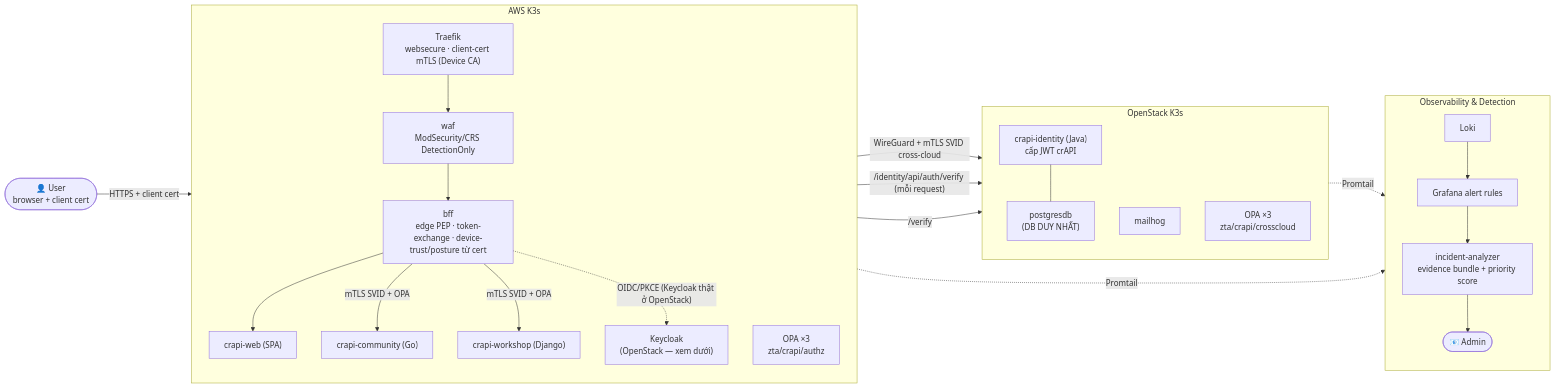
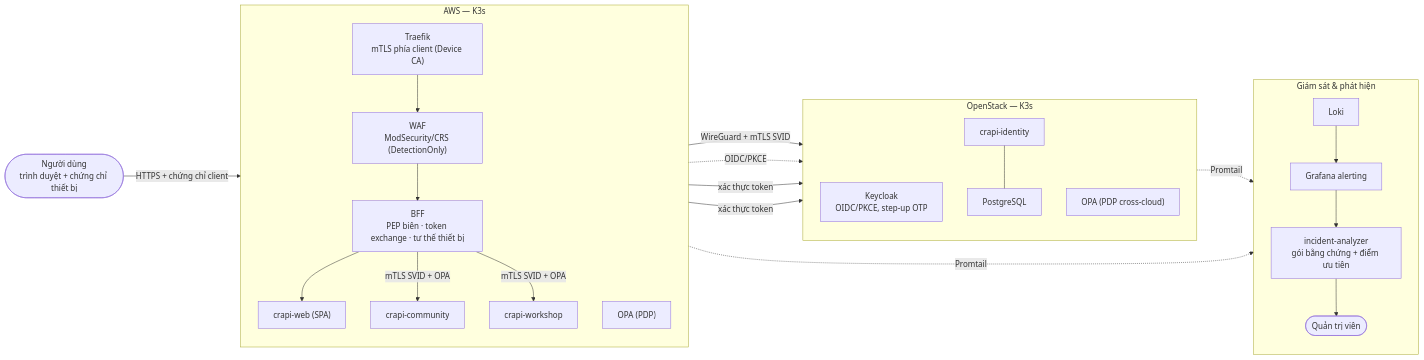
Before and after one commit to HoangBaoPhuoc/Zero-Trust-based-Security-Detection-and-Response: the second of 2 diagrams in README.md, drawn with Mermaid. The commit also changed other lines of this file and 62 other files, not shown here.

````diff
--- a/README.md
+++ b/README.md
@@ -104,46 +98,45 @@
 ```mermaid
 flowchart LR
-    U(["👤 User<br/>browser + client cert"])
+    U(["Người dùng<br/>trình duyệt + chứng chỉ thiết bị"])
 
-    subgraph AWS["AWS K3s"]
+    subgraph AWS["AWS — K3s"]
         direction TB
-        TR["Traefik<br/>websecure · client-cert mTLS (Device CA)"]
-        WAF["waf<br/>ModSecurity/CRS DetectionOnly"]
-        KC["Keycloak<br/>(OpenStack — xem dưới)"]
-        BFF["bff<br/>edge PEP · token-exchange · device-trust/posture từ cert"]
+        TR["Traefik<br/>mTLS phía client (Device CA)"]
+        WAF["WAF<br/>ModSecurity/CRS (DetectionOnly)"]
+        BFF["BFF<br/>PEP biên · token exchange · tư thế thiết bị"]
         WEB["crapi-web (SPA)"]
-        COM["crapi-community (Go)"]
-        WS["crapi-workshop (Django)"]
-        OPAA["OPA ×3<br/>zta/crapi/authz"]
+        COM["crapi-community"]
+        WS["crapi-workshop"]
+        OPAA["OPA (PDP)"]
         TR --> WAF --> BFF
         BFF --> WEB
         BFF -->|"mTLS SVID + OPA"| COM
         BFF -->|"mTLS SVID + OPA"| WS
     end
 
-    subgraph OS["OpenStack K3s"]
+    subgraph OS["OpenStack — K3s"]
         direction TB
-        ID["crapi-identity (Java)<br/>cấp JWT crAPI"]
-        PG["postgresdb<br/>(DB DUY NHẤT)"]
-        MH["mailhog"]
-        OPAO["OPA ×3<br/>zta/crapi/crosscloud"]
+        KC["Keycloak<br/>OIDC/PKCE, step-up OTP"]
+        ID["crapi-identity"]
+        PG["PostgreSQL"]
+        OPAO["OPA (PDP cross-cloud)"]
         ID --- PG
     end
 
-    subgraph OBS["Observability & Detection"]
+    subgraph OBS["Giám sát & phát hiện"]
         direction TB
         LK["Loki"]
-        GF["Grafana alert rules"]
-        IA["incident-analyzer<br/>evidence bundle + priority score"]
-        EM(["📧 Admin"])
+        GF["Grafana alerting"]
+        IA["incident-analyzer<br/>gói bằng chứng + điểm ưu tiên"]
+        EM(["Quản trị viên"])
         LK --> GF --> IA --> EM
     end
 
-    U -->|"HTTPS + client cert"| TR
-    BFF -->|"WireGuard + mTLS SVID cross-cloud"| ID
-    BFF -.->|"OIDC/PKCE (Keycloak thật ở OpenStack)"| KC
-    COM -->|"/identity/api/auth/verify (mỗi request)"| ID
-    WS -->|"/verify"| ID
+    U -->|"HTTPS + chứng chỉ client"| TR
+    BFF -->|"WireGuard + mTLS SVID"| ID
+    BFF -.->|"OIDC/PKCE"| KC
+    COM -->|"xác thực token"| ID
+    WS -->|"xác thực token"| ID
     AWS -.->|Promtail| LK
     OS -.->|Promtail| LK
 ```
````
